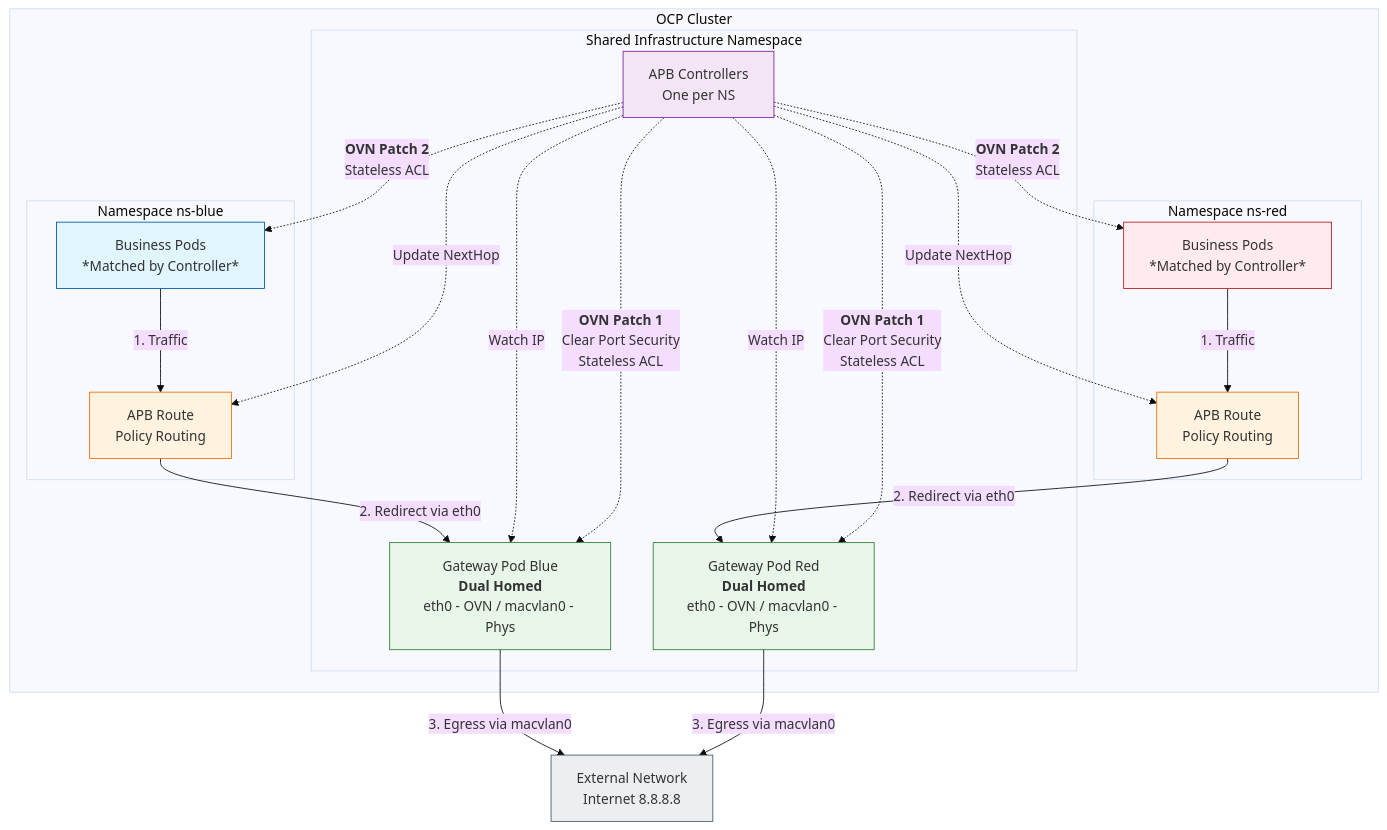
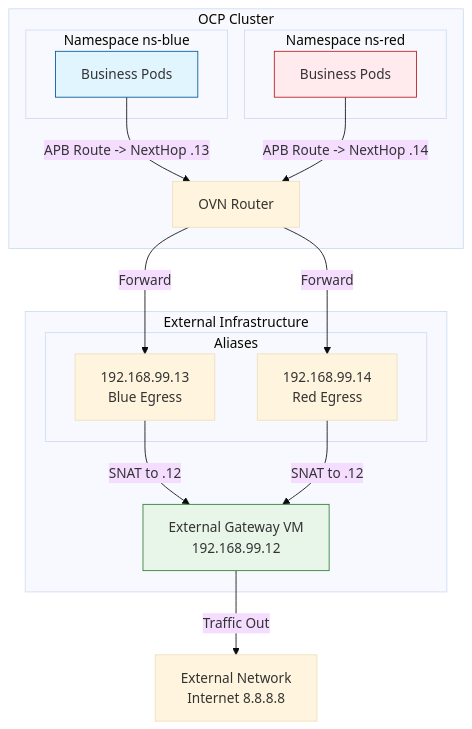
The diagram in redhat/ocp4/4.18/2026.01.ovn.egressip.vm.md (wangzheng422/docker_env), drawn with Mermaid (base theme) before and after one commit. The commit also changed other lines of this file and 2 other files, not shown here.

Commit message:
feat: Implement and document the OVN EgressIP External Gateway VM pattern with setup and verification scripts.

````diff
--- a/redhat/ocp4/4.18/2026.01.ovn.egressip.vm.md
+++ b/redhat/ocp4/4.18/2026.01.ovn.egressip.vm.md
@@ -27,54 +26,42 @@
 ```mermaid
 graph TD
-    subgraph OCP Cluster
+    subgraph OCP_Cluster [OCP Cluster]
         subgraph ns_blue [Namespace ns-blue]
-            BP_B[Business Pods<br/>*Matched by Controller*]
-            APB_B[APB Route<br/>Policy Routing]
+            BP_B[Business Pods]
         end
 
         subgraph ns_red [Namespace ns-red]
-            BP_R[Business Pods<br/>*Matched by Controller*]
-            APB_R[APB Route<br/>Policy Routing]
+            BP_R[Business Pods]
         end
         
-        subgraph ns_egress_infra [Shared Infrastructure Namespace]
-            GP_B[Gateway Pod Blue<br/><b>Dual Homed</b><br/>eth0 - OVN / macvlan0 - Phys]
-            GP_R[Gateway Pod Red<br/><b>Dual Homed</b><br/>eth0 - OVN / macvlan0 - Phys]
-            CTRL[APB Controllers<br/>One per NS]
+        Router[OVN Router]
+    end
+    
+    subgraph External_Infrastructure [External Infrastructure]
+        GW_VM[External Gateway VM<br/>192.168.99.12]
+        
+        subgraph Aliases
+            IP_B[192.168.99.13<br/>Blue Egress]
+            IP_R[192.168.99.14<br/>Red Egress]
         end
     end
     
     EXT[External Network<br/>Internet 8.8.8.8]
     
-    %% Traffic Flow Blue
-    BP_B -- "1. Traffic" --> APB_B
-    APB_B -- "2. Redirect via eth0" --> GP_B
-    GP_B -- "3. Egress via macvlan0" --> EXT
-
-    %% Traffic Flow Red
-    BP_R -- "1. Traffic" --> APB_R
-    APB_R -- "2. Redirect via eth0" --> GP_R
-    GP_R -- "3. Egress via macvlan0" --> EXT
+    %% Traffic Flow
+    BP_B -- "APB Route -> NextHop .13" --> Router
+    BP_R -- "APB Route -> NextHop .14" --> Router
     
-    %% Control Plane
-    CTRL -. "Watch IP" .-> GP_B & GP_R
-    CTRL -. "Update NextHop" .-> APB_B & APB_R
+    Router -- "Forward" --> IP_B
+    Router -- "Forward" --> IP_R
     
-    %% OVN Patches Blue
-    CTRL -. "<b>OVN Patch 1</b><br/>Clear Port Security<br/>Stateless ACL" .-> GP_B
-    CTRL -. "<b>OVN Patch 2</b><br/>Stateless ACL" .-> BP_B
-
-    %% OVN Patches Red
-    CTRL -. "<b>OVN Patch 1</b><br/>Clear Port Security<br/>Stateless ACL" .-> GP_R
-    CTRL -. "<b>OVN Patch 2</b><br/>Stateless ACL" .-> BP_R
+    IP_B -- "SNAT to .12" --> GW_VM
+    IP_R -- "SNAT to .12" --> GW_VM
+    
+    GW_VM -- "Traffic Out" --> EXT
     
     %% Styling
     style BP_B fill:#e1f5fe,stroke:#01579b
     style BP_R fill:#ffebee,stroke:#b71c1c
-    style GP_B fill:#e8f5e9,stroke:#2e7d32
-    style GP_R fill:#e8f5e9,stroke:#2e7d32
-    style APB_B fill:#fff3e0,stroke:#ef6c00
-    style APB_R fill:#fff3e0,stroke:#ef6c00
-    style CTRL fill:#f3e5f5,stroke:#7b1fa2
-    style EXT fill:#eceff1,stroke:#455a64
+    style GW_VM fill:#e8f5e9,stroke:#2e7d32
 ```
````
